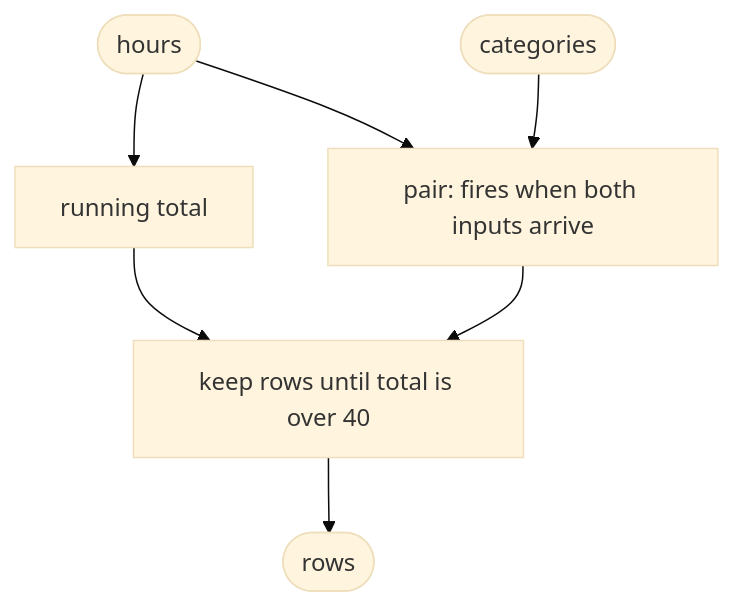
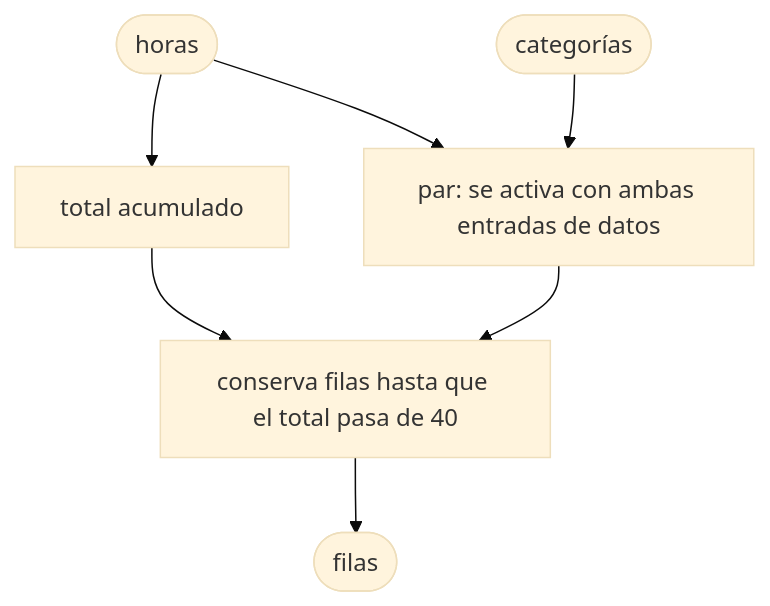
Before and after one commit to dullroar/aprende-a-programar-como-un-bicho-raro: the diagram in lessons/cs-source/concepts/dataflow-programming.md, drawn with Mermaid (base theme). The commit also changed other lines of this file and 47 other files, not shown here.

````diff
--- a/lessons/cs-source/concepts/dataflow-programming.md
+++ b/lessons/cs-source/concepts/dataflow-programming.md
@@ -8,11 +8,11 @@
 ```mermaid
 flowchart TB
-    accTitle: In a dataflow view, edges carry values and nodes fire when the needed inputs arrive
-    accDescr: A small graph. The sources hours and categories feed the graph. Hours feeds a running total node and a pair node. Categories feeds the pair node. The pair node needs both of its inputs, so it fires only when an hour and a category have both arrived. The running total and the pairs both feed a stop node, which keeps rows until the total is over 40. The stop node feeds the output node, rows. Arrows are data dependencies, not a call order.
-    H(["hours"]) --> T["running total"]
-    H --> P["pair: fires when both inputs arrive"]
-    K(["categories"]) --> P
-    T --> S["keep rows until total is over 40"]
+    accTitle: En la vista de flujo de datos, las aristas transportan valores y los nodos se activan cuando reciben los entradas de datos que necesitan
+    accDescr: Un grafo pequeño. Las fuentes horas y categorías alimentan el grafo. Horas alimenta el nodo del total acumulado y el nodo del par. Categorías alimenta el nodo del par. El nodo del par necesita sus dos entradas de datos. Solo se activa cuando llegan una hora y una categoría. Tanto el total acumulado como los pares alimentan el nodo de parada, que conserva filas hasta que el total pasa de 40. El nodo de parada alimenta el nodo de salida, filas. Las flechas indican dependencias de datos, no un orden de llamadas.
+    H(["horas"]) --> T["total acumulado"]
+    H --> P["par: se activa con ambas entradas de datos"]
+    K(["categorías"]) --> P
+    T --> S["conserva filas hasta que el total pasa de 40"]
     P --> S
-    S --> R(["rows"])
+    S --> R(["filas"])
 ```
````
